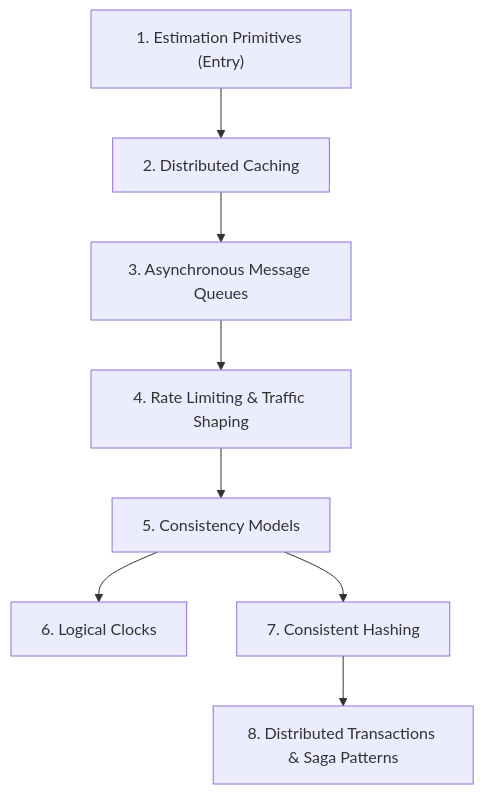
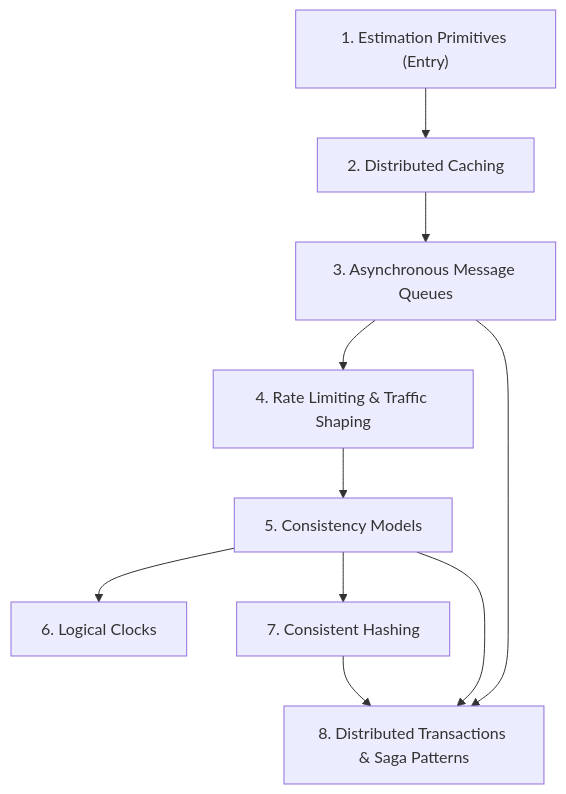
One commit to LOsioChico/knowledge-base changed the diagram in sites/docs/src/content/docs/system-design/index.mdx. Above: the diagram before and after it, drawn with Mermaid. The commit also changed 9 other files, not shown here.

First line of the commit message:
feat(docs): mermaid click directives + progressive diffs + docs update

````diff
--- a/sites/docs/src/content/docs/system-design/index.mdx
+++ b/sites/docs/src/content/docs/system-design/index.mdx
@@ -36,19 +36,21 @@
 ```mermaid
 flowchart TD
     EST["1. Estimation Primitives (Entry)"] --> CA["2. Distributed Caching"]
     CA --> MQ["3. Asynchronous Message Queues"]
     MQ --> RL["4. Rate Limiting & Traffic Shaping"]
     RL --> CM["5. Consistency Models"]
     CM --> LC["6. Logical Clocks"]
     CM --> CH["7. Consistent Hashing"]
     CH --> DT["8. Distributed Transactions & Saga Patterns"]
+    CM --> DT
+    MQ --> DT
 
     click EST "/knowledge-base/system-design/back-of-the-envelope-estimation/"
     click CA "/knowledge-base/system-design/distributed-caching/"
     click MQ "/knowledge-base/system-design/message-queues/"
     click RL "/knowledge-base/system-design/rate-limiting/"
     click CM "/knowledge-base/system-design/consistency-models/"
     click LC "/knowledge-base/system-design/logical-clocks/"
     click CH "/knowledge-base/system-design/consistent-hashing/"
     click DT "/knowledge-base/system-design/distributed-transactions/"
 ```
````
